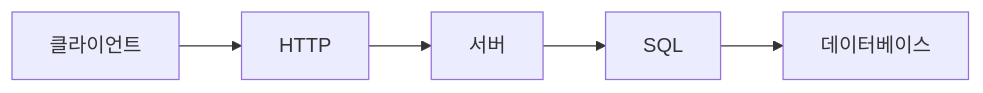
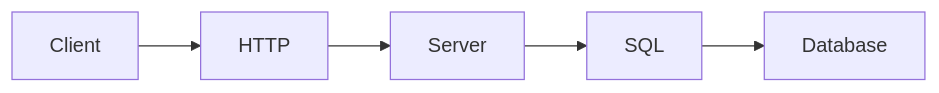
One commit to yeongseon-books/book-content changed the diagram in content/computer-science-major-101/ko/05-database-and-network.md. Above: the diagram before and after it, drawn with Mermaid. The commit also changed other lines of this file and 9 other files, not shown here.

````diff
--- a/content/computer-science-major-101/ko/05-database-and-network.md
+++ b/content/computer-science-major-101/ko/05-database-and-network.md
@@ -55,7 +50,7 @@
 ```mermaid
 flowchart LR
-    C[클라이언트] --> H[HTTP]
-    H --> S[서버]
+    C[Client] --> H[HTTP]
+    H --> S[Server]
     S --> Q[SQL]
-    Q --> D[데이터베이스]
+    Q --> D[Database]
 ```
````
